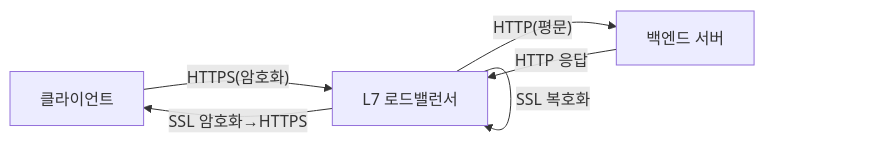
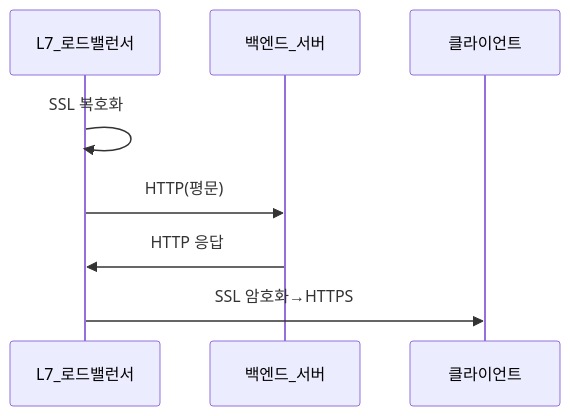
One commit to yjkim2015/yjkim2015.github.io changed the third of 8 diagrams in _posts/network/2026-05-01-load-balancer.md. Above: the diagram before and after it, drawn with Mermaid. The commit also changed other lines of this file and 89 other files, not shown here.

First line of the commit message:
복잡한 flowchart 163개 → sequenceDiagram 변환 (90파일)

````diff
--- a/_posts/network/2026-05-01-load-balancer.md
+++ b/_posts/network/2026-05-01-load-balancer.md
@@ -243,8 +243,7 @@
 ```mermaid
-graph LR
-    C["클라이언트"] -->|"HTTPS(암호화)"| LB["L7 로드밸런서"]
-    LB -->|"SSL 복호화"| LB
-    LB -->|"HTTP(평문)"| S["백엔드 서버"]
-    S -->|"HTTP 응답"| LB
-    LB -->|"SSL 암호화→HTTPS"| C
+sequenceDiagram
+    L7_로드밸런서->>L7_로드밸런서: SSL 복호화
+    L7_로드밸런서->>백엔드_서버: HTTP(평문)
+    백엔드_서버->>L7_로드밸런서: HTTP 응답
+    L7_로드밸런서->>클라이언트: SSL 암호화→HTTPS
 ```
````
